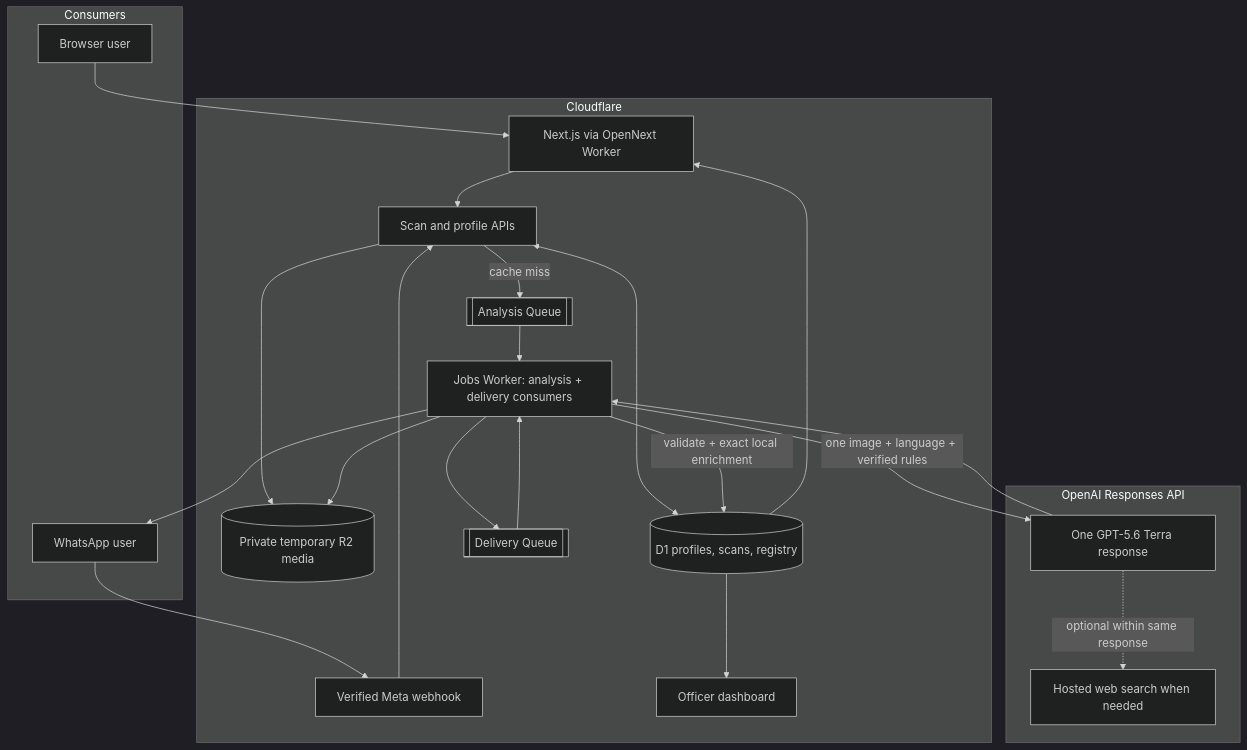
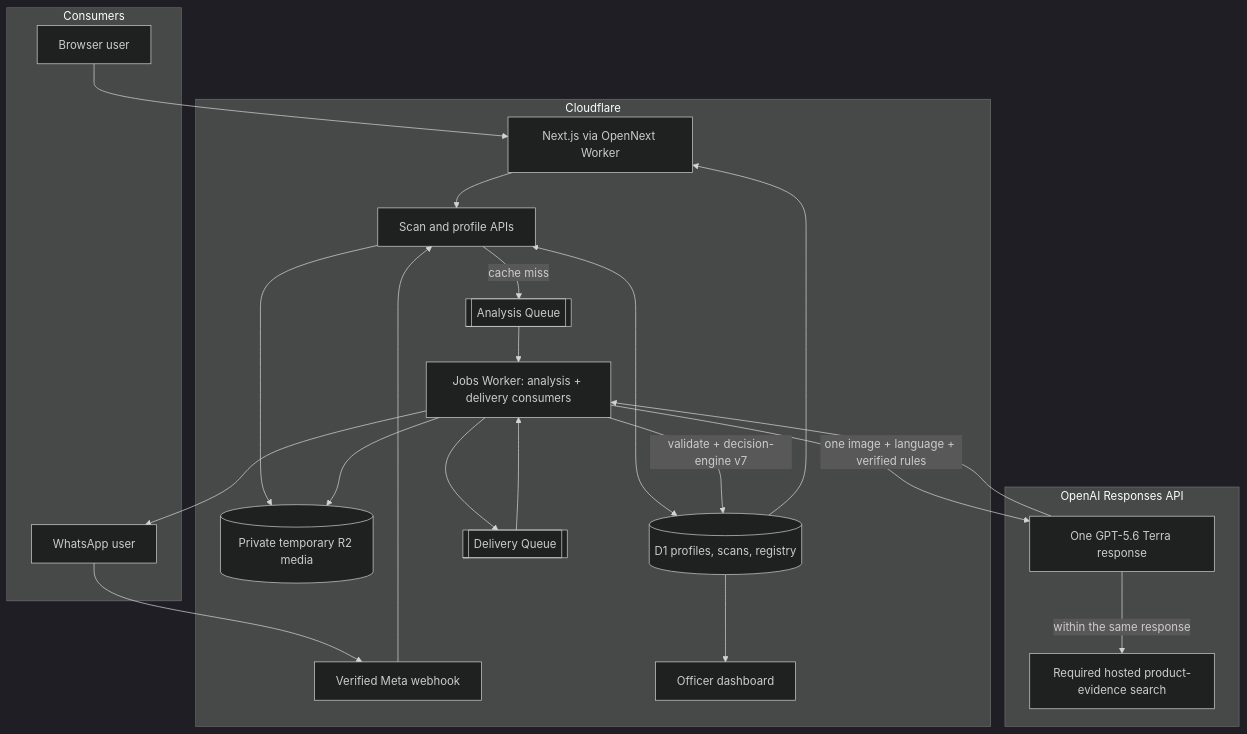
One commit to swapnilskumbhar/front-of-pack changed the second of 2 diagrams in docs/HLD.md. Above: the diagram before and after it, drawn with Mermaid (dark theme). The commit also changed other lines of this file and 9 other files, not shown here.

Commit message:
refresh website and reconcile architecture docs

````diff
--- a/docs/HLD.md
+++ b/docs/HLD.md
@@ -143,43 +144,43 @@
 ```mermaid
 flowchart TB
     subgraph Consumers
         WEBUSER[Browser user]
         WAUSER[WhatsApp user]
     end
 
     subgraph "Cloudflare"
         WEB[Next.js via OpenNext Worker]
         WA[Verified Meta webhook]
         API[Scan and profile APIs]
         R2[(Private temporary R2 media)]
         D1[(D1 profiles, scans, registry)]
         AQ[[Analysis Queue]]
         JOBS[Jobs Worker: analysis + delivery consumers]
         DQ[[Delivery Queue]]
         OFFICER[Officer dashboard]
     end
 
     subgraph "OpenAI Responses API"
         TERRA[One GPT-5.6 Terra response]
-        SEARCH[Hosted web search when needed]
+        SEARCH[Required hosted product-evidence search]
     end
 
     WEBUSER --> WEB
     WAUSER --> WA
     WEB --> API
     WA --> API
     API <--> D1
     API --> R2
     API -->|cache miss| AQ
     AQ --> JOBS
     JOBS --> R2
     JOBS -->|one image + language + verified rules| TERRA
-    TERRA -. optional within same response .-> SEARCH
+    TERRA -->|within the same response| SEARCH
     TERRA --> JOBS
-    JOBS -->|validate + exact local enrichment| D1
+    JOBS -->|validate + decision-engine v7| D1
     JOBS --> DQ
     DQ --> JOBS
     JOBS --> WAUSER
     D1 --> WEB
     D1 --> OFFICER
 ```
````
